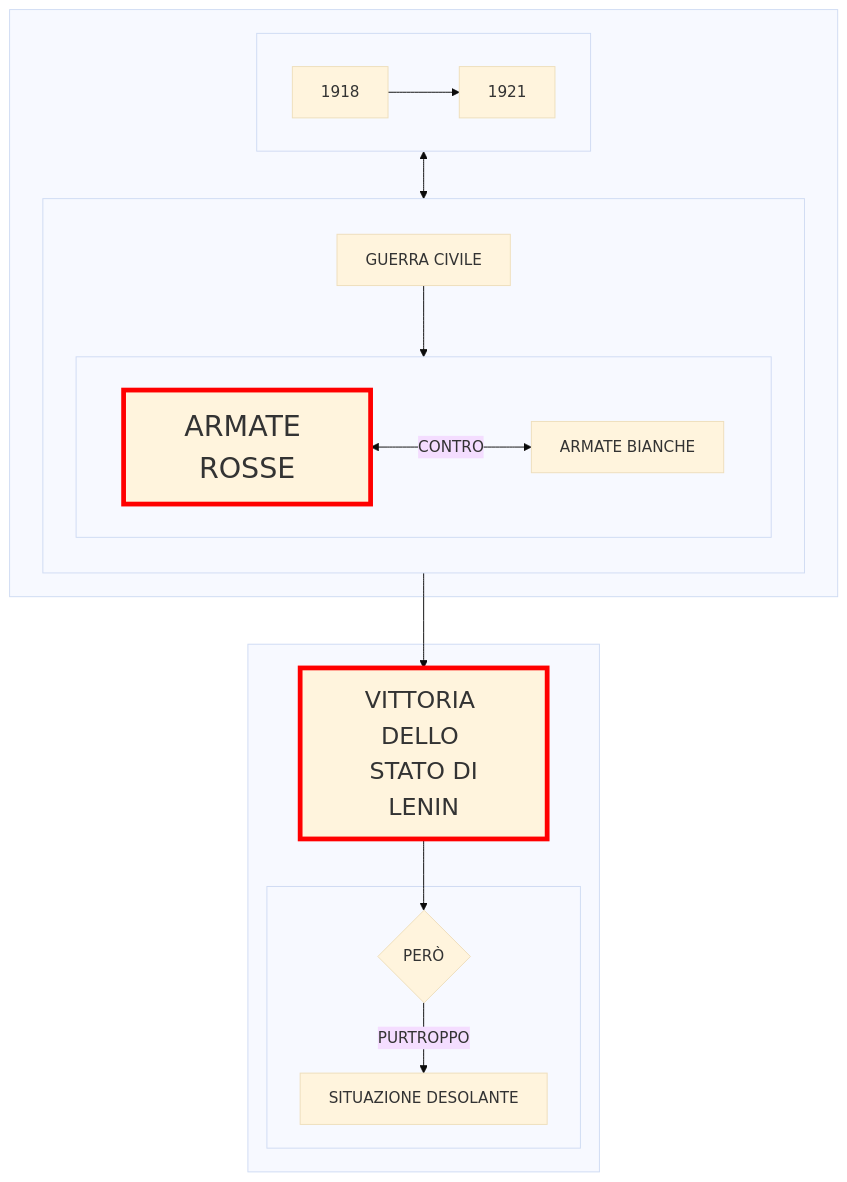
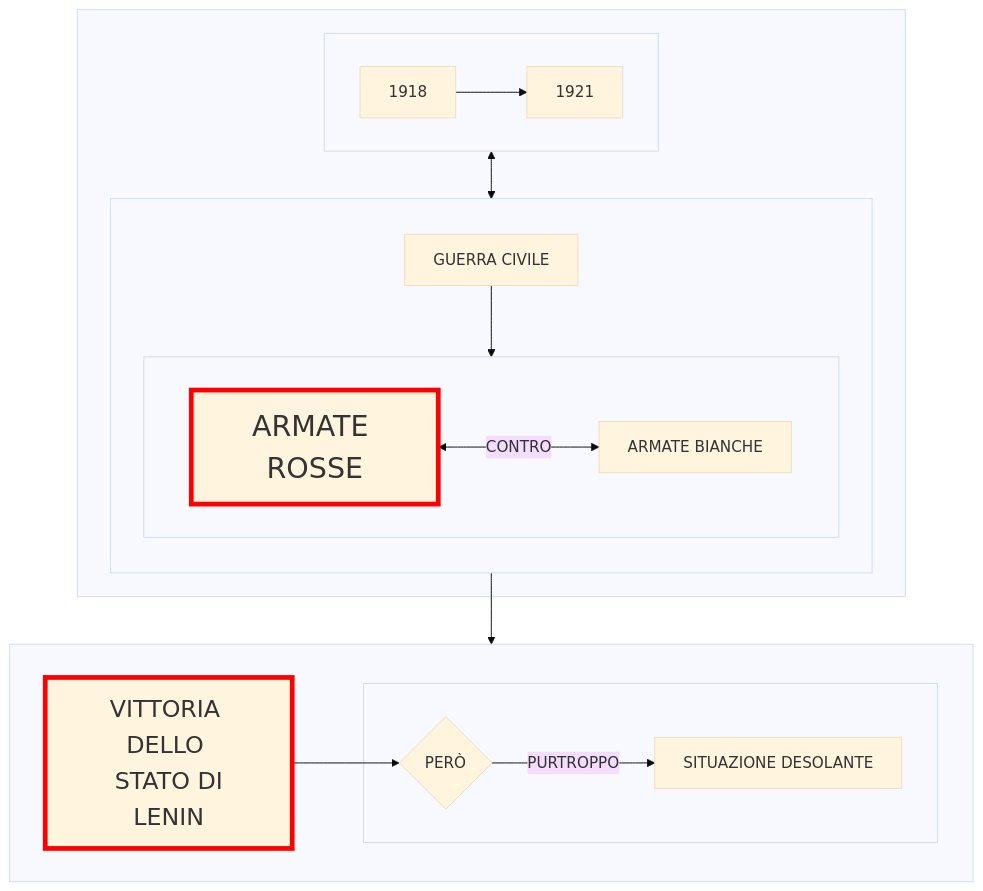
One commit to Laaouatni/ricerca-storia-MermaidJS changed the diagram in prova.md. Above: the diagram before and after it, drawn with Mermaid (base theme).

````diff
--- a/prova.md
+++ b/prova.md
@@ -1,36 +1,36 @@
 ```mermaid
 flowchart TB;
   subgraph 0[" "]
     subgraph 01[" "]
       direction LR;
       010[1918]
       011[1921]
       010 --> 011
     end
     01 <--> 02
 
     subgraph 02[" "]
       direction TB;
       020[GUERRA CIVILE]
       subgraph 021[" "]
         direction LR;
         0210[ARMATE ROSSE]
         style 0210 stroke:#ff0000,stroke-width:5px, font-size:30px;
         0211[ARMATE BIANCHE]
         0210 <-->|CONTRO| 0211
       end
       020 --> 021
     end
   end
 
   subgraph 3[" "]
     1[VITTORIA DELLO <BR> STATO DI LENIN]
     style 1 stroke:#ff0000,stroke-width:5px, font-size:25px;
     subgraph 30[" "]
       2{PERÒ}
       20[SITUAZIONE DESOLANTE]
     end
-    021 --> 1
     1 --> 2 -->|PURTROPPO| 20
   end
+  021 --> 3
 ```
````
